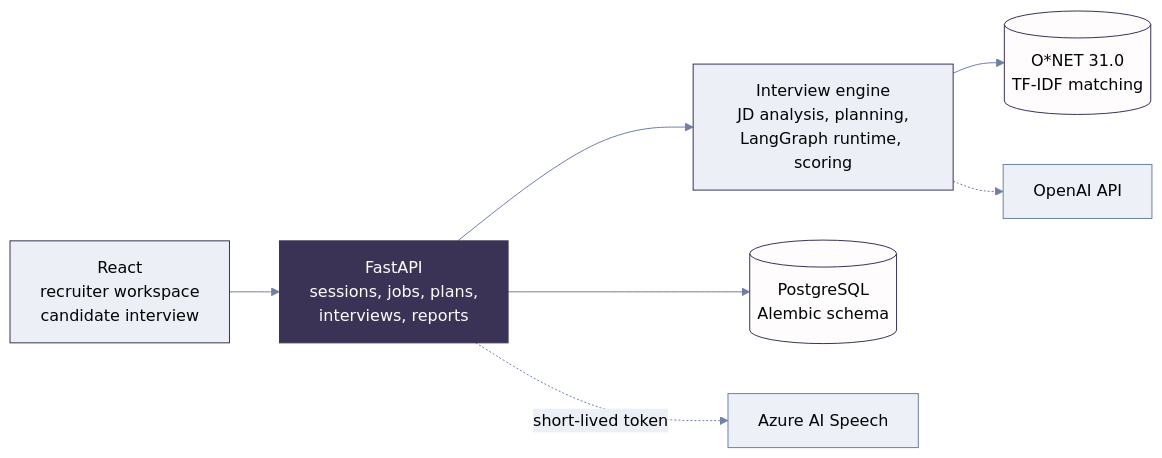
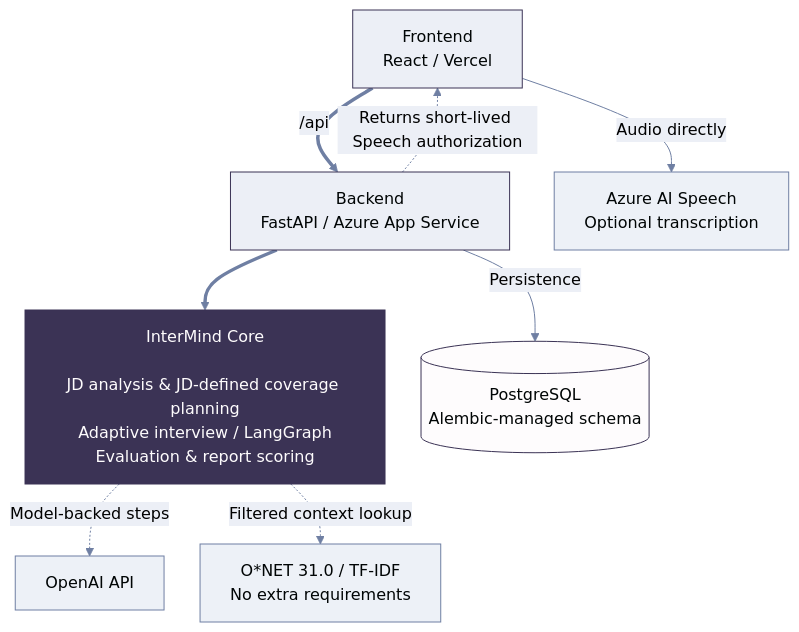
One commit to AliyahAlabdali/InterMind changed the second of 2 diagrams in README.md. Above: the diagram before and after it, drawn with Mermaid. The commit also changed other lines of this file and 2 other files, not shown here.

Commit message:
Update README for production InterMind

````diff
--- a/README.md
+++ b/README.md
@@ -112,20 +128,21 @@
 ```mermaid
-%%{init: {"theme":"base","themeVariables":{"primaryColor":"#ECEFF6","primaryTextColor":"#000505","primaryBorderColor":"#3B3355","lineColor":"#6F7FA3","edgeLabelBackground":"#ECEFF6","tertiaryTextColor":"#000505","tertiaryColor":"#F6F8FB"}}}%%
-flowchart LR
-    WEB["React<br/>recruiter workspace<br/>candidate interview"] --> API["FastAPI<br/>sessions, jobs, plans,<br/>interviews, reports"]
-    API --> ENG["Interview engine<br/>JD analysis, planning,<br/>LangGraph runtime, scoring"]
-    ENG --> KB[("O#42;NET 31.0<br/>TF-IDF matching")]
-    API --> DB[("PostgreSQL<br/>Alembic schema")]
-    ENG -.-> OAI["OpenAI API"]
-    API -.->|"short-lived token"| AZ["Azure AI Speech"]
+%%{init: {"theme":"base","flowchart":{"rankSpacing":36,"nodeSpacing":36,"wrappingWidth":300},"themeVariables":{"primaryColor":"#ECEFF6","primaryTextColor":"#000505","primaryBorderColor":"#3B3355","lineColor":"#6F7FA3","edgeLabelBackground":"#ECEFF6","tertiaryTextColor":"#000505","tertiaryColor":"#F6F8FB"}}}%%
+flowchart TD
+    WEB["Frontend<br/>React / Vercel"] ==>|"/api"| API["Backend<br/>FastAPI / Azure App Service"]
+    API ==> CORE["InterMind Core<br/><br/>JD analysis & JD-defined coverage planning<br/>Adaptive interview / LangGraph<br/>Evaluation & report scoring"]
+    API -->|"Persistence"| DB[("PostgreSQL<br/>Alembic-managed schema")]
+    CORE -.->|"Model-backed steps"| OAI["OpenAI API"]
+    CORE -.->|"Filtered context lookup"| KB["O#42;NET 31.0 / TF-IDF<br/>No extra requirements"]
+    API -.->|"Returns short-lived Speech authorization"| WEB
+    WEB -->|"Audio directly"| AZ["Azure AI Speech<br/>Optional transcription"]
 
     linkStyle default stroke:#6F7FA3,color:black;
     classDef accent fill:#3B3355,stroke:#3B3355,stroke-width:1px,color:#FEFCFD;
     classDef step fill:#ECEFF6,stroke:#3B3355,stroke-width:1px,color:#000505;
     classDef store fill:#FEFCFD,stroke:#3B3355,stroke-width:1px,color:#000505;
     classDef ext fill:#EDF1F7,stroke:#6F7FA3,stroke-width:1px,color:#000505;
-    class API accent;
-    class WEB,ENG step;
-    class KB,DB store;
-    class OAI,AZ ext;
+    class CORE accent;
+    class WEB,API step;
+    class DB store;
+    class KB,OAI,AZ ext;
 ```
````
